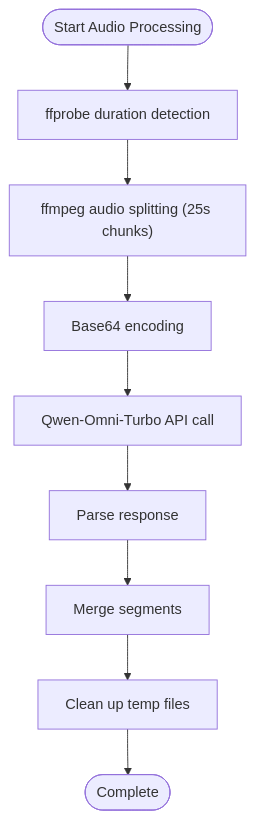
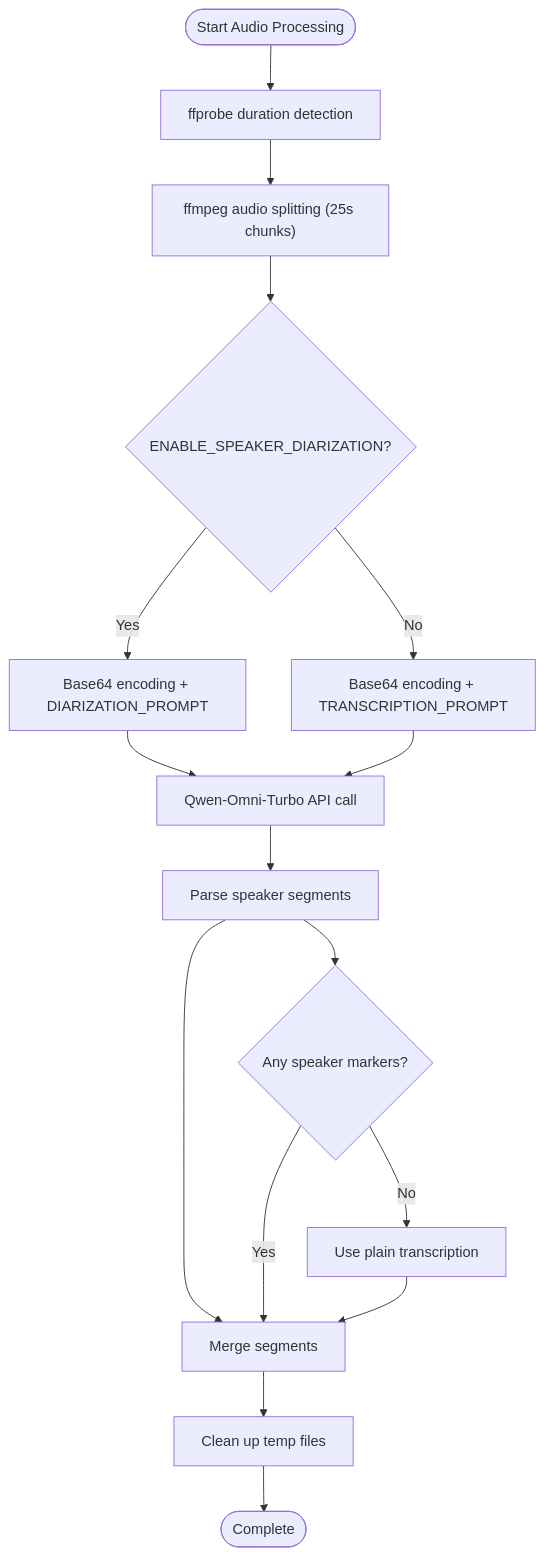
Before and after one commit to alexandreybasta-cyber/dubai-media-ai: the fifth of 5 diagrams in .qoder/repowiki/en/content/Media Processing Pipeline/Audio Analysis Stage.md, drawn with Mermaid. The commit also changed other lines of this file and 20 other files, not shown here.

````diff
--- a/.qoder/repowiki/en/content/Media Processing Pipeline/Audio Analysis Stage.md
+++ b/.qoder/repowiki/en/content/Media Processing Pipeline/Audio Analysis Stage.md
@@ -361,11 +433,18 @@
 ```mermaid
 flowchart TD
 Start(["Start Audio Processing"]) --> Probe["ffprobe duration detection"]
 Probe --> Split["ffmpeg audio splitting (25s chunks)"]
-Split --> Encode["Base64 encoding"]
-Encode --> API["Qwen-Omni-Turbo API call"]
-API --> Parse["Parse response"]
-Parse --> Merge["Merge segments"]
+Split --> CheckDiari{"ENABLE_SPEAKER_DIARIZATION?"}
+CheckDiari --> |Yes| EncodeDiari["Base64 encoding + DIARIZATION_PROMPT"]
+CheckDiari --> |No| EncodePlain["Base64 encoding + TRANSCRIPTION_PROMPT"]
+EncodeDiari --> API["Qwen-Omni-Turbo API call"]
+EncodePlain --> API
+API --> ParseDiari["Parse speaker segments"]
+ParseDiari --> Merge["Merge segments"]
+ParseDiari --> Fallback{"Any speaker markers?"}
+Fallback --> |No| PlainTranscription["Use plain transcription"]
+Fallback --> |Yes| Merge
+PlainTranscription --> Merge
 Merge --> Cleanup["Clean up temp files"]
 Cleanup --> Done(["Complete"])
 ```
````
